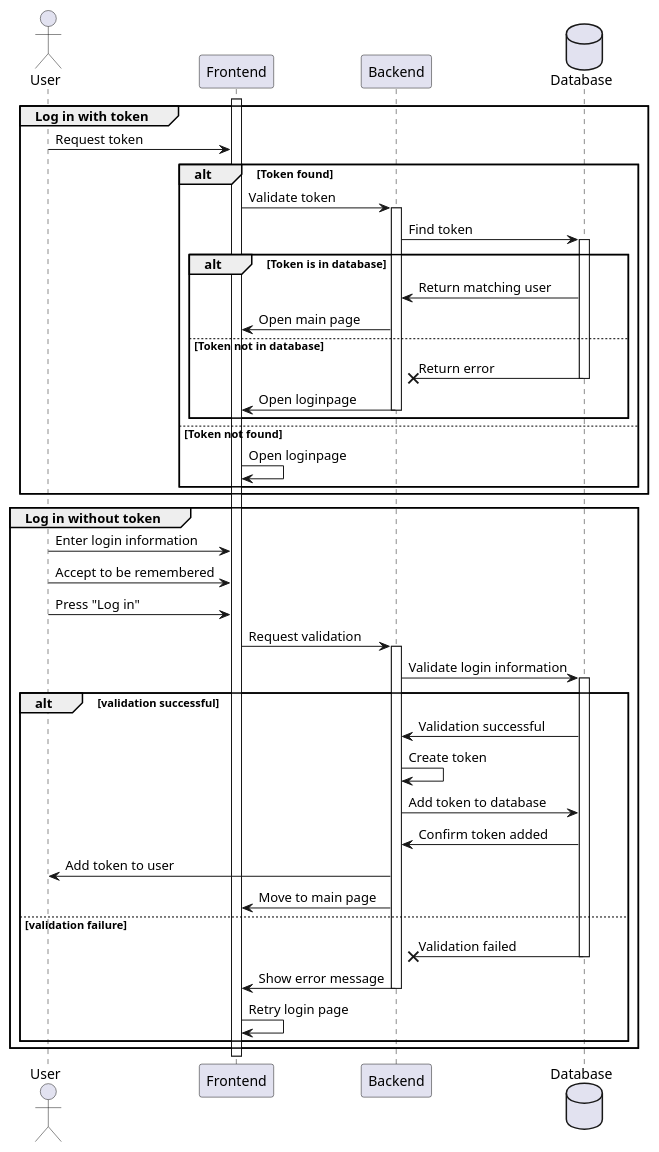
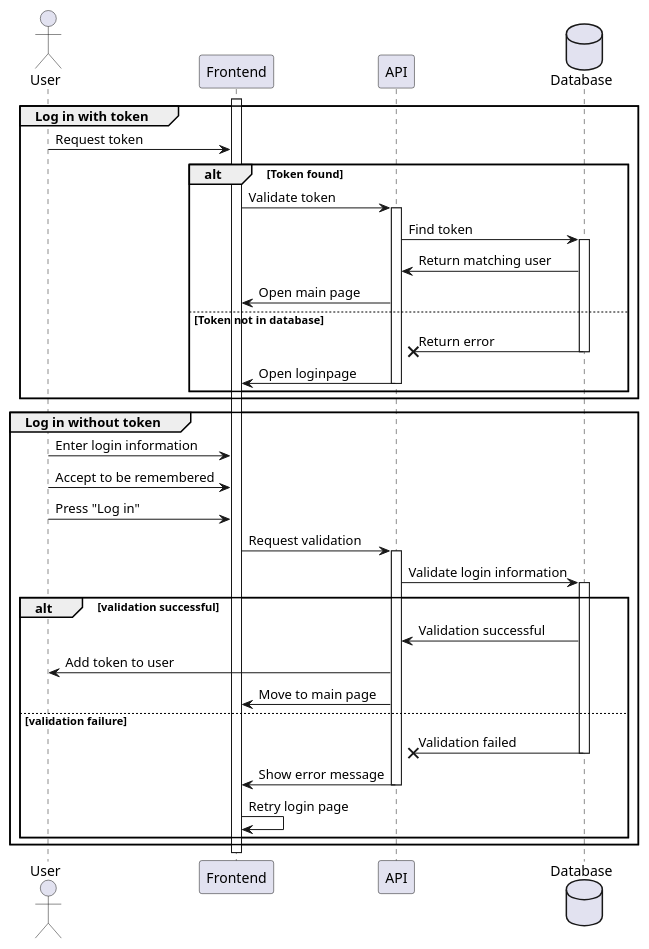
Before and after one commit to Brannersrud/Nabovarsel_UML: the diagram in Sequence-web-login.plantuml, drawn with PlantUML. The commit also changed 22 other files, not shown here.

Commit message:
GANTT-diagram

```diff
--- a/Sequence-web-login.plantuml
+++ b/Sequence-web-login.plantuml
@@ -1,54 +1,49 @@
 @startuml Login
 actor User
 participant Frontend
-participant Backend
+participant API
 database Database
 
 group Log in with token
 activate Frontend
     User -> Frontend : Request token
         alt Token found 
-        Frontend -> Backend : Validate token
-        activate Backend 
-        Backend -> Database : Find token
+        Frontend -> API : Validate token
+        activate API 
+        API -> Database : Find token
         activate Database 
-            alt Token is in database
-            Database -> Backend : Return matching user
-            Backend -> Frontend : Open main page
+            
+            Database -> API : Return matching user
+            API -> Frontend : Open main page
             else Token not in database 
-            Database ->x Backend : Return error
+            Database ->x API : Return error
             deactivate Database 
-            Backend -> Frontend : Open loginpage
-            deactivate Backend
-            end
-        else Token not found 
-        Frontend -> Frontend : Open loginpage
+            API -> Frontend : Open loginpage
+            deactivate API
+            
 
     end
 end 
 group Log in without token
     User -> Frontend : Enter login information
     User -> Frontend : Accept to be remembered
     User -> Frontend : Press "Log in"
 
-    Frontend -> Backend : Request validation
-    activate Backend
-    Backend -> Database : Validate login information
+    Frontend -> API : Request validation
+    activate API
+    API -> Database : Validate login information
     activate Database
         alt validation successful
-        Backend <- Database : Validation successful 
-        Backend -> Backend : Create token 
-        Backend -> Database : Add token to database
-        Database -> Backend : Confirm token added 
-        Backend -> User : Add token to user
-        Frontend <- Backend : Move to main page
+        API <- Database : Validation successful 
+        API -> User : Add token to user
+        Frontend <- API : Move to main page
         else validation failure
-        Backend x<- Database : Validation failed
+        API x<- Database : Validation failed
         deactivate Database
-        Frontend <- Backend : Show error message
-        deactivate Backend
+        Frontend <- API : Show error message
+        deactivate API
         Frontend -> Frontend : Retry login page
         end
 end
 
 @enduml
```
